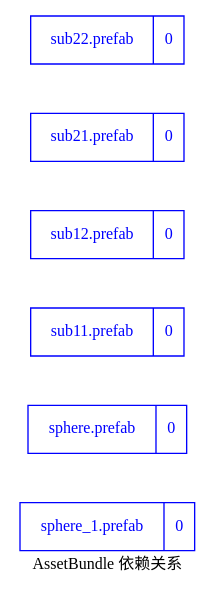
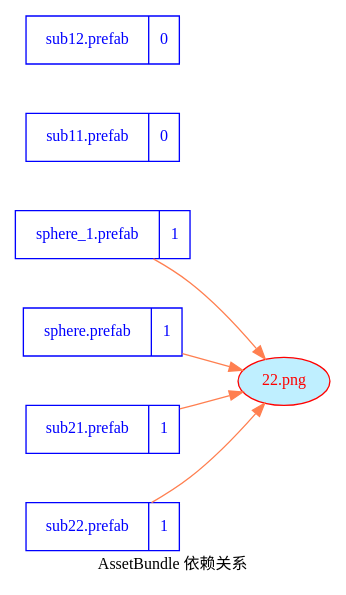
The diagram in Assets/StreamingAssets/AssetBundles/00dep.dot (songtm/ABSystem), drawn with Graphviz before and after one commit. The commit also changed 15 other files, not shown here.

```diff
--- a/Assets/StreamingAssets/AssetBundles/00dep.dot
+++ b/Assets/StreamingAssets/AssetBundles/00dep.dot
@@ -1,21 +1,27 @@
 digraph dep {
     fontname = "Microsoft YaHei";
     label = "AssetBundle 依赖关系"
     nodesep=0.5
     rankdir = "LR"
     fontsize = 12;
     node [ fontname = "Microsoft YaHei", fontsize = 12, shape = "record" color="skyblue"];
     edge [ fontname = "Microsoft YaHei", fontsize = 12 , color="coral"];
-	"sphere_1.prefab" [color="blue", fontcolor="blue", label="{<f0> sphere_1.prefab |<f1> 0 }"]
-	"sphere.prefab" [color="blue", fontcolor="blue", label="{<f0> sphere.prefab |<f1> 0 }"]
+	"sphere_1.prefab" [color="blue", fontcolor="blue", label="{<f0> sphere_1.prefab |<f1> 1 }"]
+	"sphere.prefab" [color="blue", fontcolor="blue", label="{<f0> sphere.prefab |<f1> 1 }"]
 	"sub11.prefab" [color="blue", fontcolor="blue", label="{<f0> sub11.prefab |<f1> 0 }"]
 	"sub12.prefab" [color="blue", fontcolor="blue", label="{<f0> sub12.prefab |<f1> 0 }"]
-	"sub21.prefab" [color="blue", fontcolor="blue", label="{<f0> sub21.prefab |<f1> 0 }"]
-	"sub22.prefab" [color="blue", fontcolor="blue", label="{<f0> sub22.prefab |<f1> 0 }"]
+	"sub21.prefab" [color="blue", fontcolor="blue", label="{<f0> sub21.prefab |<f1> 1 }"]
+	"sub22.prefab" [color="blue", fontcolor="blue", label="{<f0> sub22.prefab |<f1> 1 }"]
+	"22.png" [color="red", fontcolor="red", shape="ellipse", fillcolor="lightblue1", style="filled"]
+	"sphere_1.prefab"->"22.png"
+
+	"sphere.prefab"->"22.png"
 
 
 
+	"sub21.prefab"->"22.png"
 
+	"sub22.prefab"->"22.png"
 
 
 }
```
